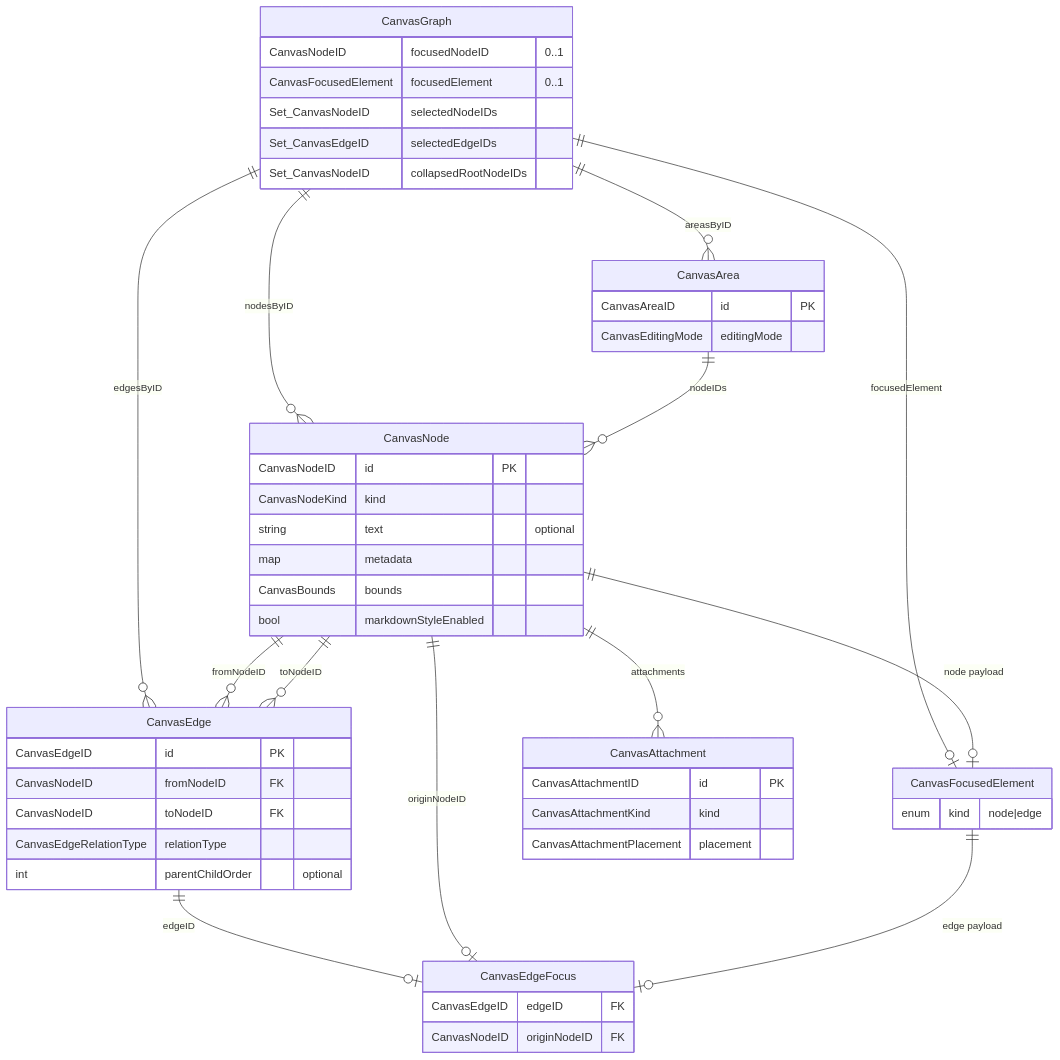
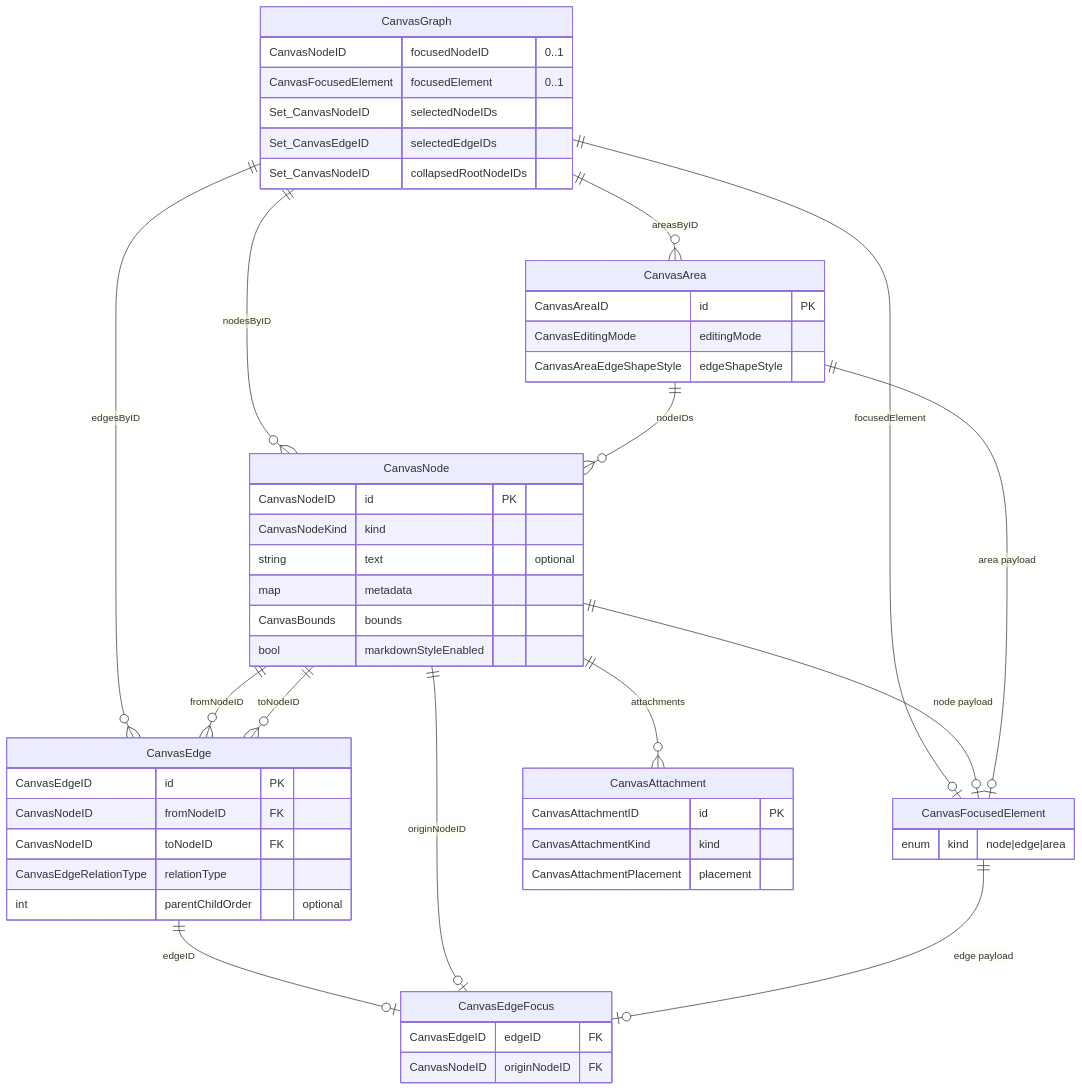
Before and after one commit to kazuhideoki/hotkey-canvas: the first of 2 diagrams in docs/specs/domain-er.md, drawn with Mermaid. The commit also changed other lines of this file and 1 other file, not shown here.

````diff
--- a/docs/specs/domain-er.md
+++ b/docs/specs/domain-er.md
@@ -16,63 +16,65 @@
 ```mermaid
 erDiagram
     CanvasGraph ||--o{ CanvasNode : "nodesByID"
     CanvasGraph ||--o{ CanvasEdge : "edgesByID"
     CanvasGraph ||--o{ CanvasArea : "areasByID"
     CanvasGraph ||--o| CanvasFocusedElement : "focusedElement"
 
     CanvasNode ||--o{ CanvasAttachment : "attachments"
 
     CanvasNode ||--o{ CanvasEdge : "fromNodeID"
     CanvasNode ||--o{ CanvasEdge : "toNodeID"
     CanvasNode ||--o| CanvasFocusedElement : "node payload"
     CanvasEdge ||--o| CanvasEdgeFocus : "edgeID"
     CanvasNode ||--o| CanvasEdgeFocus : "originNodeID"
     CanvasFocusedElement ||--o| CanvasEdgeFocus : "edge payload"
+    CanvasArea ||--o| CanvasFocusedElement : "area payload"
 
     CanvasArea ||--o{ CanvasNode : "nodeIDs"
 
     CanvasGraph {
         CanvasNodeID focusedNodeID "0..1"
         CanvasFocusedElement focusedElement "0..1"
         Set_CanvasNodeID selectedNodeIDs
         Set_CanvasEdgeID selectedEdgeIDs
         Set_CanvasNodeID collapsedRootNodeIDs
     }
 
     CanvasNode {
         CanvasNodeID id PK
         CanvasNodeKind kind
         string text "optional"
         map metadata
         CanvasBounds bounds
         bool markdownStyleEnabled
     }
 
     CanvasAttachment {
         CanvasAttachmentID id PK
         CanvasAttachmentKind kind
         CanvasAttachmentPlacement placement
     }
 
     CanvasEdge {
         CanvasEdgeID id PK
         CanvasNodeID fromNodeID FK
         CanvasNodeID toNodeID FK
         CanvasEdgeRelationType relationType
         int parentChildOrder "optional"
     }
 
     CanvasFocusedElement {
-        enum kind "node|edge"
+        enum kind "node|edge|area"
     }
 
     CanvasEdgeFocus {
         CanvasEdgeID edgeID FK
         CanvasNodeID originNodeID FK
     }
 
     CanvasArea {
         CanvasAreaID id PK
         CanvasEditingMode editingMode
+        CanvasAreaEdgeShapeStyle edgeShapeStyle
     }
 ```
````
